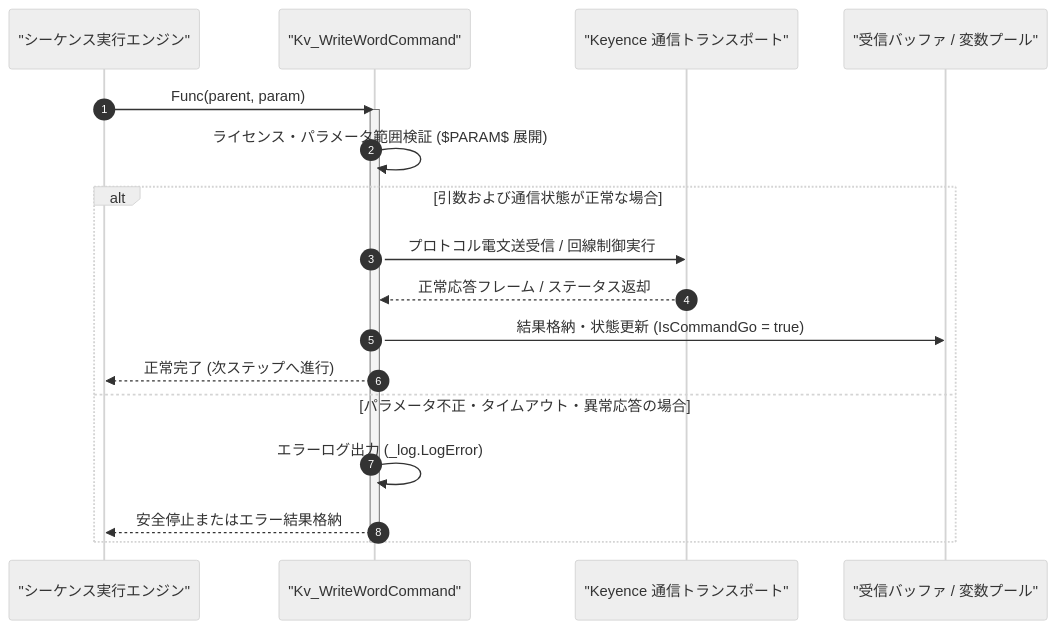
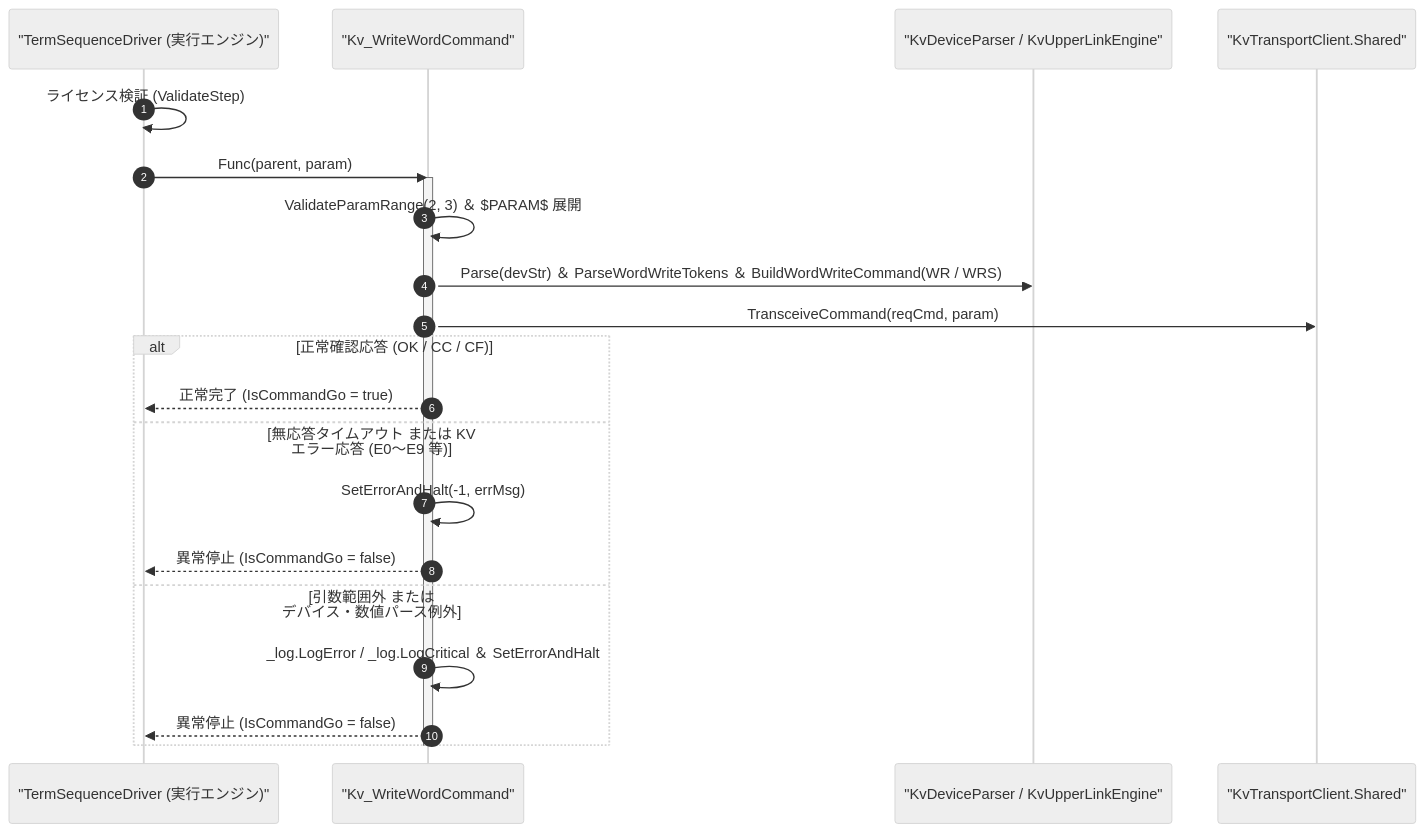
Before and after one commit to Monaca-App/TermAddIn: the diagram in Manual/Keyence/Kv_WriteWord.Md, drawn with Mermaid (neutral theme). The commit also changed other lines of this file and 157 other files, not shown here.

````diff
--- a/Manual/Keyence/Kv_WriteWord.Md
+++ b/Manual/Keyence/Kv_WriteWord.Md
@@ -64,22 +65,25 @@
 ```mermaid
 sequenceDiagram
     autonumber
-    participant Script as "シーケンス実行エンジン"
+    participant Driver as "TermSequenceDriver (実行エンジン)"
     participant Cmd as "Kv_WriteWordCommand"
-    participant Trans as "Keyence 通信トランスポート"
-    participant Buf as "受信バッファ / 変数プール"
+    participant Engine as "KvDeviceParser / KvUpperLinkEngine"
+    participant Trans as "KvTransportClient.Shared"
 
-    Script->>Cmd: Func(parent, param)
+    Driver->>Driver: ライセンス検証 (ValidateStep)
+    Driver->>Cmd: Func(parent, param)
     activate Cmd
-    Cmd->>Cmd: ライセンス・パラメータ範囲検証 ($PARAM$ 展開)
-    alt 引数および通信状態が正常な場合
-        Cmd->>Trans: プロトコル電文送受信 / 回線制御実行
-        Trans-->>Cmd: 正常応答フレーム / ステータス返却
-        Cmd->>Buf: 結果格納・状態更新 (IsCommandGo = true)
-        Cmd-->>Script: 正常完了 (次ステップへ進行)
-    else パラメータ不正・タイムアウト・異常応答の場合
-        Cmd->>Cmd: エラーログ出力 (_log.LogError)
-        Cmd-->>Script: 安全停止またはエラー結果格納
+    Cmd->>Cmd: ValidateParamRange(2, 3) ＆ $PARAM$ 展開
+    Cmd->>Engine: Parse(devStr) ＆ ParseWordWriteTokens ＆ BuildWordWriteCommand(WR / WRS)
+    Cmd->>Trans: TransceiveCommand(reqCmd, param)
+    alt 正常確認応答 (OK / CC / CF)
+        Cmd-->>Driver: 正常完了 (IsCommandGo = true)
+    else 無応答タイムアウト または KV エラー応答 (E0〜E9 等)
+        Cmd->>Cmd: SetErrorAndHalt(-1, errMsg)
+        Cmd-->>Driver: 異常停止 (IsCommandGo = false)
+    else 引数範囲外 または デバイス・数値パース例外
+        Cmd->>Cmd: _log.LogError / _log.LogCritical ＆ SetErrorAndHalt
+        Cmd-->>Driver: 異常停止 (IsCommandGo = false)
     end
     deactivate Cmd
 ```
````
